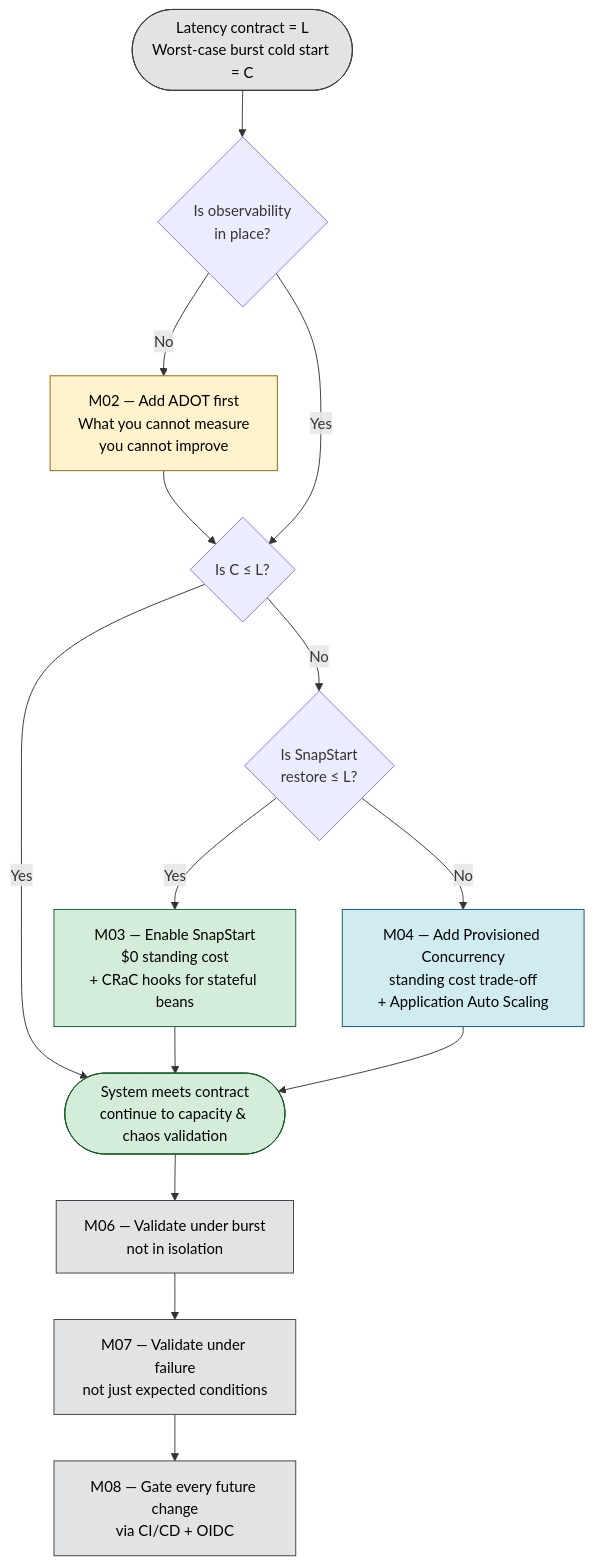
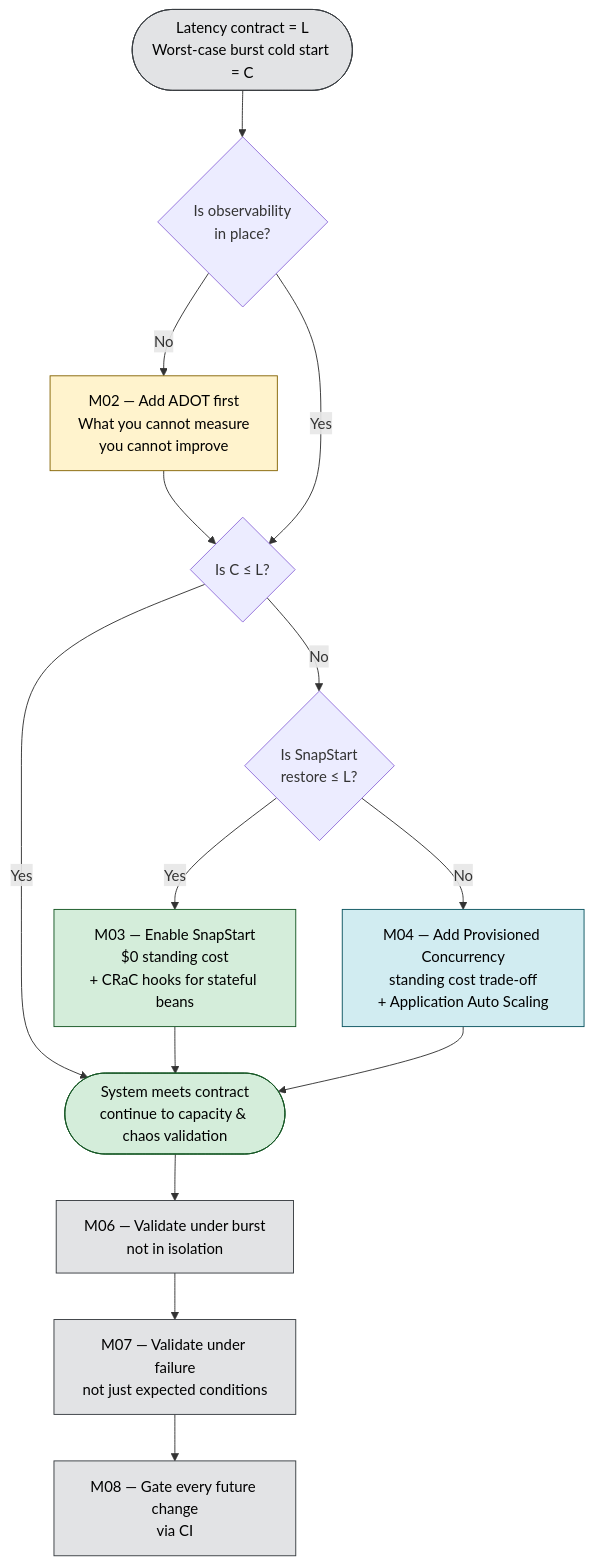
Before and after one commit to ae-lexs/lambda-resilience-atelier: the fourth of 4 diagrams in README.md, drawn with Mermaid. The commit also changed other lines of this file, not shown here.

````diff
--- a/README.md
+++ b/README.md
@@ -259,26 +268,26 @@
 ```mermaid
 flowchart TD
     Start([Latency contract = L<br/>Worst-case burst cold start = C])
     Start --> Obs{Is observability<br/>in place?}
     Obs -->|"No"| AddObs[M02 — Add ADOT first<br/>What you cannot measure<br/>you cannot improve]
     AddObs --> Cmp
     Obs -->|"Yes"| Cmp{Is C ≤ L?}
     Cmp -->|"Yes"| Done([System meets contract<br/>continue to capacity & chaos validation])
     Cmp -->|"No"| Snap{Is SnapStart<br/>restore ≤ L?}
     Snap -->|"Yes"| AddSnap[M03 — Enable SnapStart<br/>$0 standing cost<br/>+ CRaC hooks for stateful beans]
     AddSnap --> Done
     Snap -->|"No"| AddPC[M04 — Add Provisioned Concurrency<br/>standing cost trade-off<br/>+ Application Auto Scaling]
     AddPC --> Done
     Done --> Burst[M06 — Validate under burst<br/>not in isolation]
     Burst --> Chaos[M07 — Validate under failure<br/>not just expected conditions]
-    Chaos --> Ship[M08 — Gate every future change<br/>via CI/CD + OIDC]
+    Chaos --> Ship[M08 — Gate every future change<br/>via CI]
 
     style Start fill:#e2e3e5,stroke:#383d41,color:#000
     style AddObs fill:#fff3cd,stroke:#856404,color:#000
     style AddSnap fill:#d4edda,stroke:#155724,color:#000
     style AddPC fill:#d1ecf1,stroke:#0c5460,color:#000
     style Done fill:#d4edda,stroke:#155724,color:#000
     style Burst fill:#e2e3e5,stroke:#383d41,color:#000
     style Chaos fill:#e2e3e5,stroke:#383d41,color:#000
     style Ship fill:#e2e3e5,stroke:#383d41,color:#000
 ```
````
